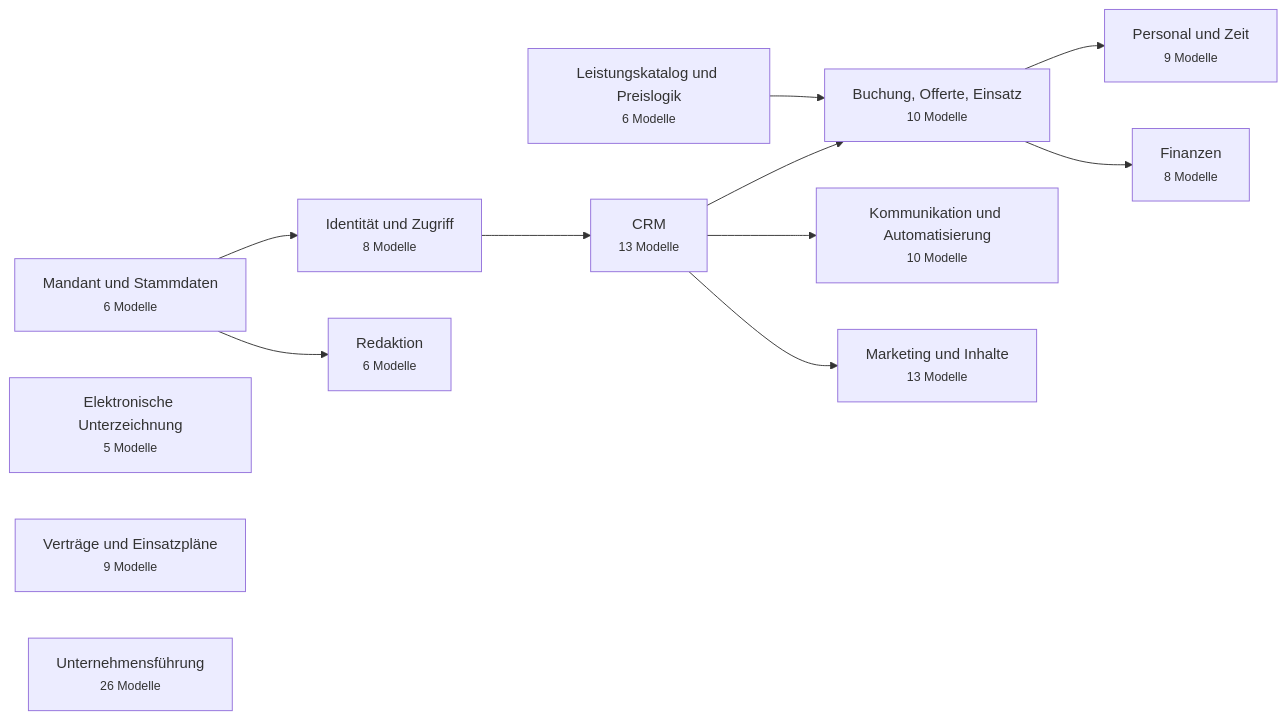
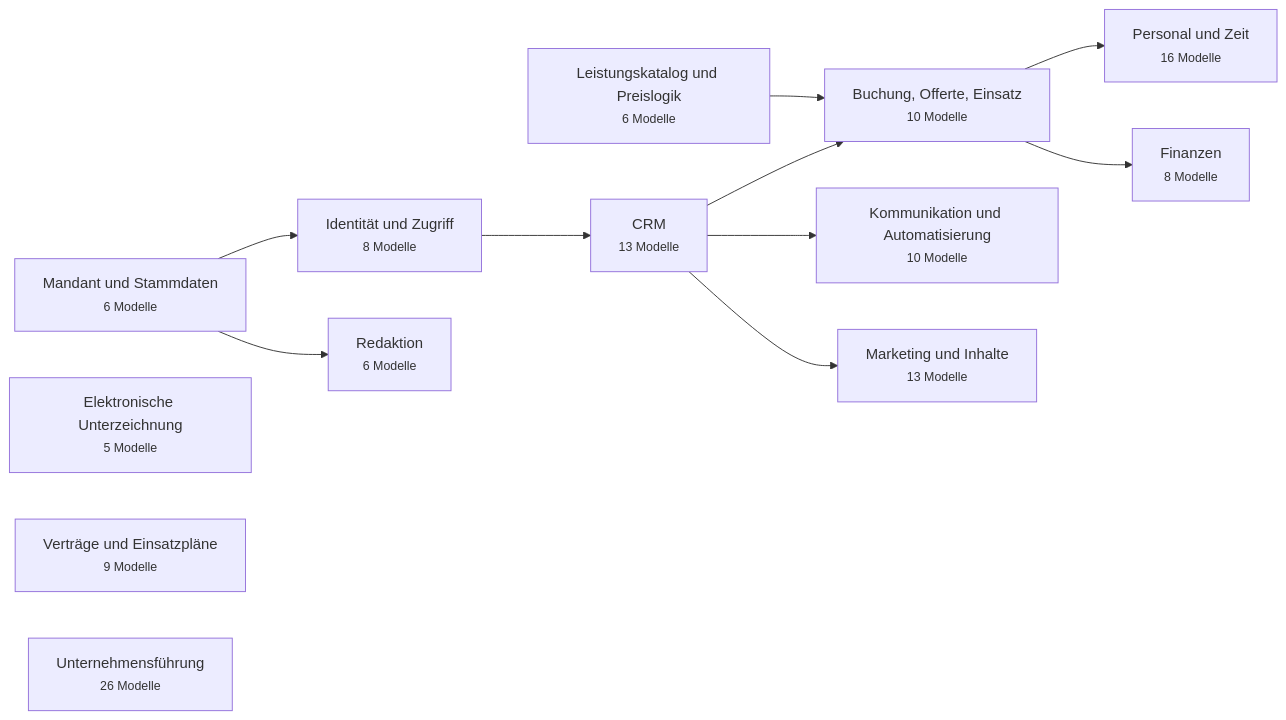
The first of 14 diagrams in docs/DATABASE.md (javadqasemi/Clenaris), drawn with Mermaid before and after one commit. The commit also changed other lines of this file and 18 other files, not shown here.

````diff
--- a/docs/DATABASE.md
+++ b/docs/DATABASE.md
@@ -36,25 +36,25 @@
 ```mermaid
 flowchart LR
   stammdaten["Mandant und Stammdaten<br/><small>6 Modelle</small>"]
   identitaet["Identität und Zugriff<br/><small>8 Modelle</small>"]
   signatur["Elektronische Unterzeichnung<br/><small>5 Modelle</small>"]
   crm["CRM<br/><small>13 Modelle</small>"]
   katalog["Leistungskatalog und Preislogik<br/><small>6 Modelle</small>"]
   auftrag["Buchung, Offerte, Einsatz<br/><small>10 Modelle</small>"]
   vertraege["Verträge und Einsatzpläne<br/><small>9 Modelle</small>"]
-  personal["Personal und Zeit<br/><small>9 Modelle</small>"]
+  personal["Personal und Zeit<br/><small>16 Modelle</small>"]
   finanzen["Finanzen<br/><small>8 Modelle</small>"]
   kommunikation["Kommunikation und Automatisierung<br/><small>10 Modelle</small>"]
   marketing["Marketing und Inhalte<br/><small>13 Modelle</small>"]
   redaktion["Redaktion<br/><small>6 Modelle</small>"]
   fuehrung["Unternehmensführung<br/><small>26 Modelle</small>"]
   stammdaten --> identitaet
   identitaet --> crm
   crm --> auftrag
   katalog --> auftrag
   auftrag --> personal
   auftrag --> finanzen
   crm --> kommunikation
   crm --> marketing
   stammdaten --> redaktion
 ```
````
